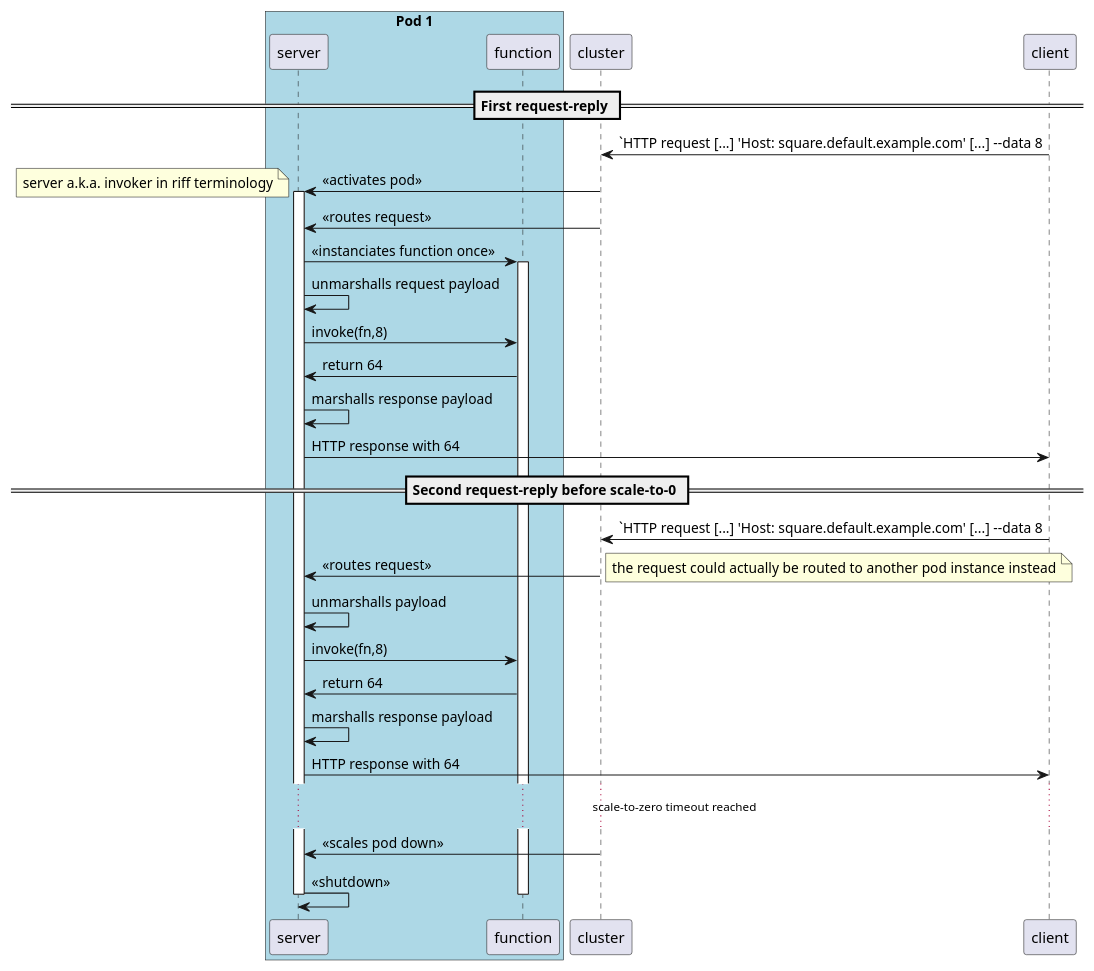
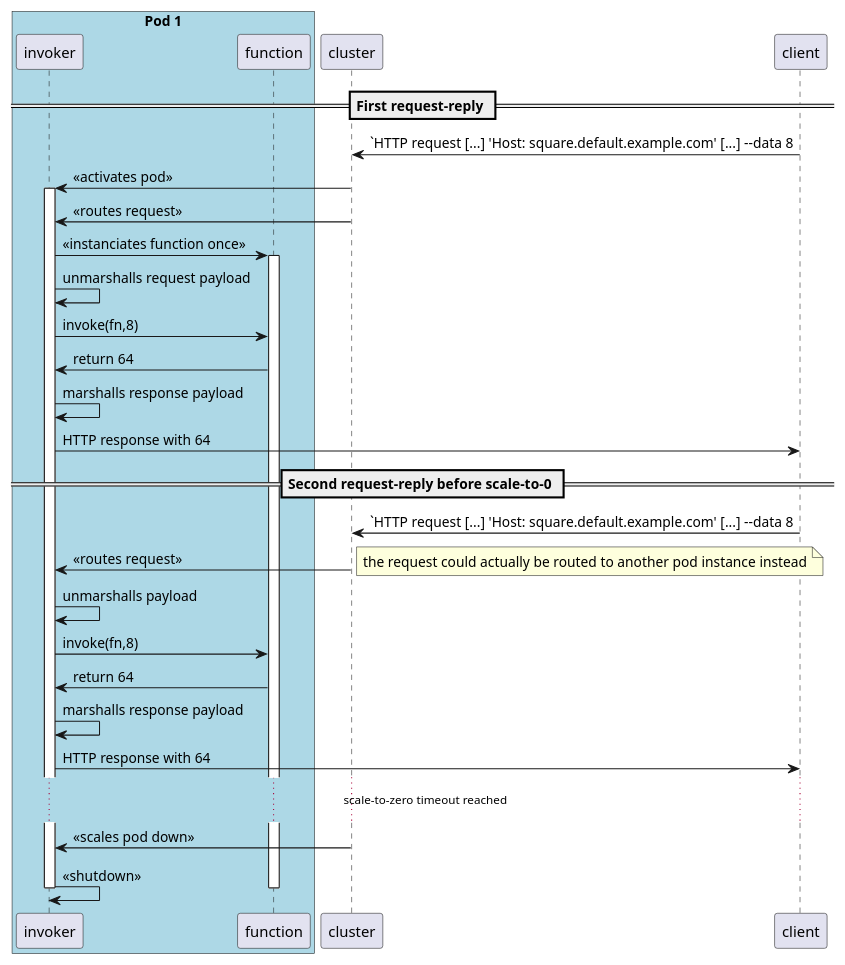
Before and after one commit to fbiville/riff-docs: the diagram in streaming.adoc, drawn with PlantUML.

Commit message:
Rename server to invoker for more clarity

```diff
--- a/streaming.adoc
+++ b/streaming.adoc
@@ -6,37 +6,36 @@
 [plantuml, format="png"]
 ----
 box "Pod 1" #LightBlue
-	participant server
+	participant invoker
 	participant function
 end box
 participant cluster
 participant client
 
 == First request-reply ==
 client -> cluster : `HTTP request [...] 'Host: square.default.example.com' [...] --data 8
-cluster -> server : << activates pod >>
-note left: server a.k.a. invoker in riff terminology
-activate server
-cluster -> server : << routes request >>
-server -> function : << instanciates function once >>
+cluster -> invoker : << activates pod >>
+activate invoker
+cluster -> invoker : << routes request >>
+invoker -> function : << instanciates function once >>
 activate function
-server -> server : unmarshalls request payload
-server -> function : invoke(fn,8)
-function -> server : return 64
-server -> server : marshalls response payload
-server -> client : HTTP response with 64
+invoker -> invoker : unmarshalls request payload
+invoker -> function : invoke(fn,8)
+function -> invoker : return 64
+invoker -> invoker : marshalls response payload
+invoker -> client : HTTP response with 64
 == Second request-reply before scale-to-0 ==
 client -> cluster : `HTTP request [...] 'Host: square.default.example.com' [...] --data 8
-cluster -> server : << routes request >>
+cluster -> invoker : << routes request >>
 note right: the request could actually be routed to another pod instance instead
-server -> server : unmarshalls payload
-server -> function : invoke(fn,8)
-function -> server : return 64
-server -> server : marshalls response payload
-server -> client : HTTP response with 64
+invoker -> invoker : unmarshalls payload
+invoker -> function : invoke(fn,8)
+function -> invoker : return 64
+invoker -> invoker : marshalls response payload
+invoker -> client : HTTP response with 64
 ...scale-to-zero timeout reached...
-cluster -> server : <<scales pod down>>
-server -> server : << shutdown >>
+cluster -> invoker : <<scales pod down>>
+invoker -> invoker : << shutdown >>
 deactivate function
-deactivate server
+deactivate invoker
 ----
```
